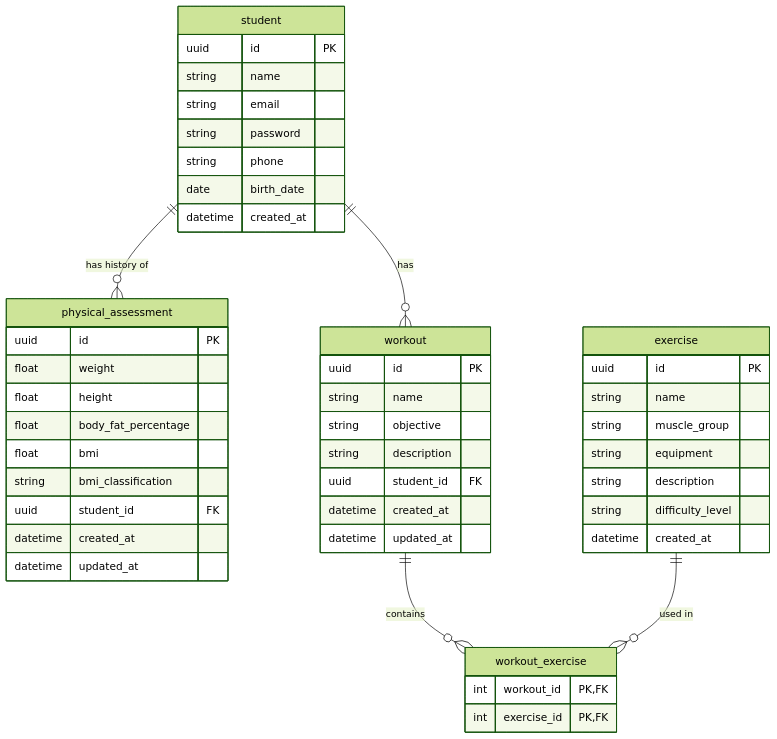
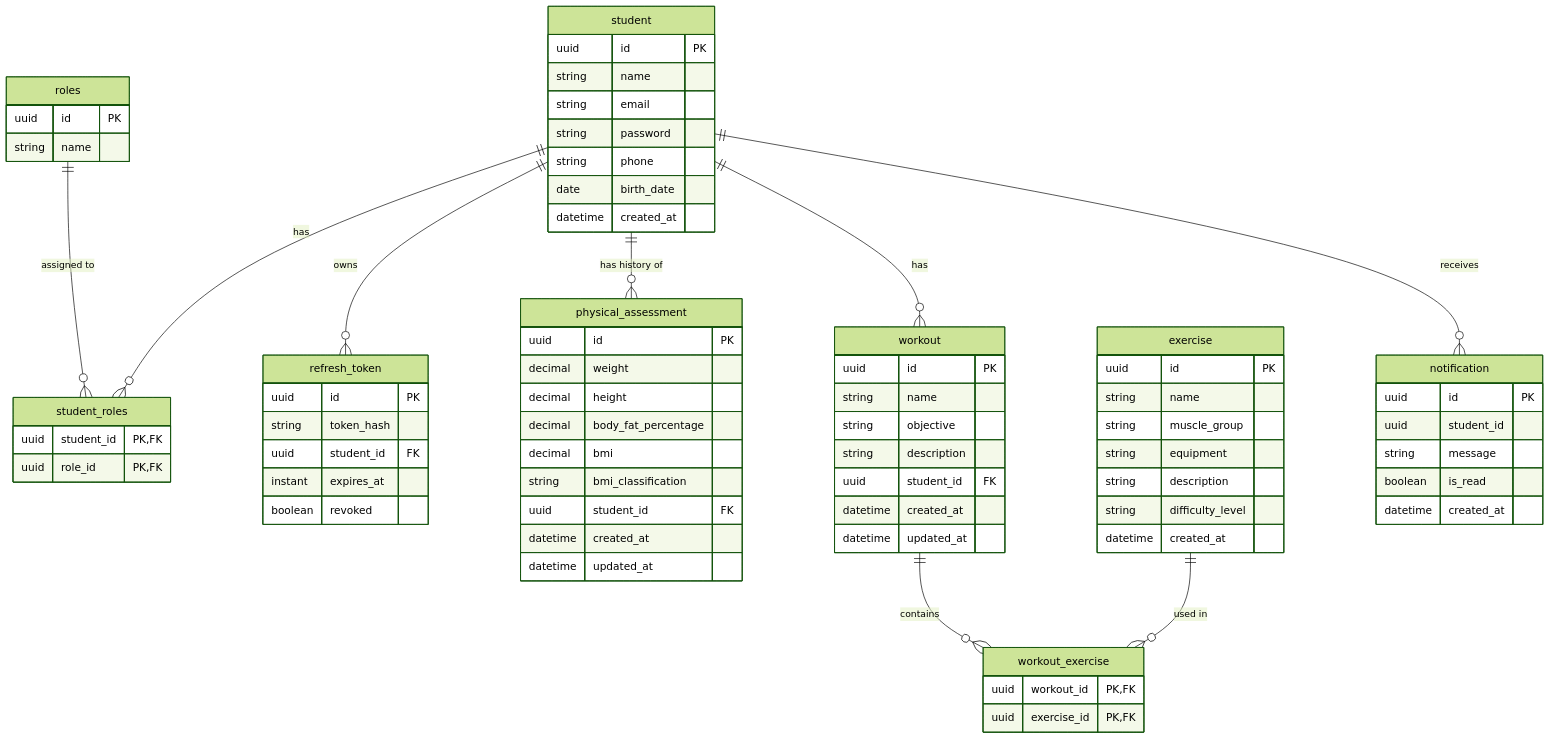
One commit to joschonarth/spring-fit changed the diagram in README.md. Above: the diagram before and after it, drawn with Mermaid (forest theme). The commit also changed other lines of this file, not shown here.

````diff
--- a/README.md
+++ b/README.md
@@ -62,49 +134,75 @@
 ```mermaid
 erDiagram
     student {
         uuid id PK
         string name
         string email
         string password
         string phone
         date birth_date
         datetime created_at
     }
+    roles {
+        uuid id PK
+        string name
+    }
+    student_roles {
+        uuid student_id PK, FK
+        uuid role_id PK, FK
+    }
+    refresh_token {
+        uuid id PK
+        string token_hash
+        uuid student_id FK
+        instant expires_at
+        boolean revoked
+    }
     physical_assessment {
         uuid id PK
-        float weight
-        float height
-        float body_fat_percentage
-        float bmi
+        decimal weight
+        decimal height
+        decimal body_fat_percentage
+        decimal bmi
         string bmi_classification
         uuid student_id FK
         datetime created_at
         datetime updated_at
     }
     workout {
         uuid id PK
         string name
         string objective
         string description
         uuid student_id FK
         datetime created_at
         datetime updated_at
     }
     exercise {
         uuid id PK
         string name
         string muscle_group
         string equipment
         string description
         string difficulty_level
         datetime created_at
     }
     workout_exercise {
-        int workout_id PK, FK
-        int exercise_id PK, FK
+        uuid workout_id PK, FK
+        uuid exercise_id PK, FK
     }
+    notification {
+        uuid id PK
+        uuid student_id
+        string message
+        boolean is_read
+        datetime created_at
+    }
+    student ||--o{ student_roles : "has"
+    roles ||--o{ student_roles : "assigned to"
+    student ||--o{ refresh_token : "owns"
     student ||--o{ physical_assessment : "has history of"
     student ||--o{ workout : "has"
+    student ||--o{ notification : "receives"
     workout ||--o{ workout_exercise : "contains"
     exercise ||--o{ workout_exercise : "used in"
 ```
````
